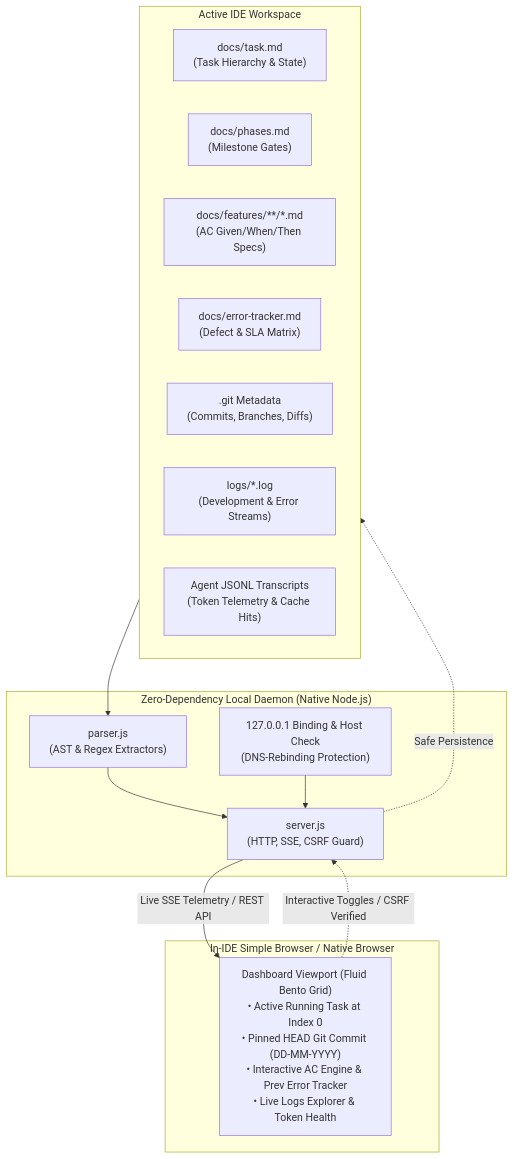
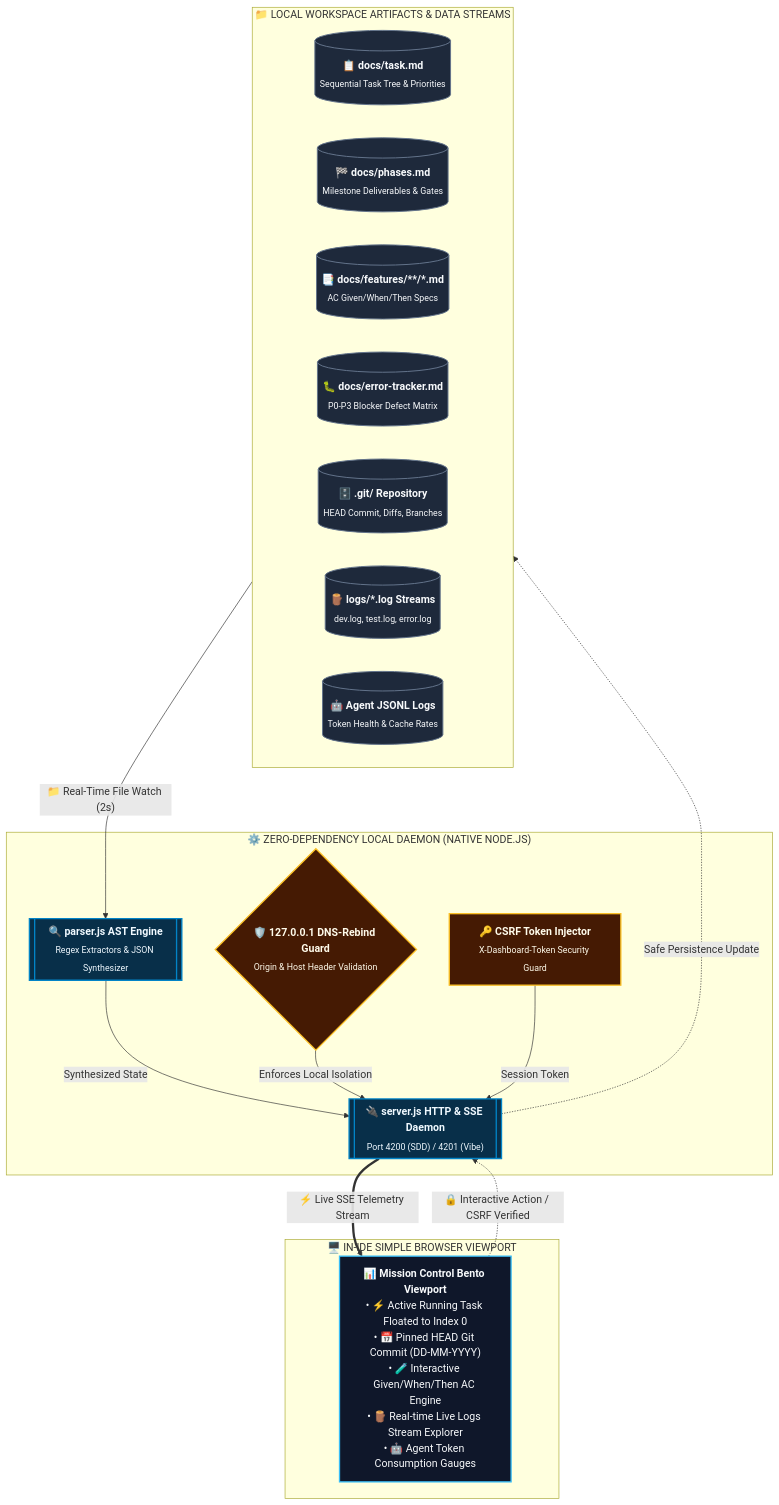
The first of 5 diagrams in PROJECT-MANAGER-DASHBOARD-GUIDE.md (rmsofficialsyt/Agentic-AI-Vibe-Coding-AND-SDD-TDD-Codebase-Chandan-Adhikary), drawn with Mermaid before and after one commit. The commit also changed other lines of this file and 23 other files, not shown here.

Commit message:
docs: redesign diagrams to Eraser.io visual style and regenerate MANIFEST.json

````diff
--- a/PROJECT-MANAGER-DASHBOARD-GUIDE.md
+++ b/PROJECT-MANAGER-DASHBOARD-GUIDE.md
@@ -24,29 +24,36 @@
 ```mermaid
 flowchart TD
-    subgraph Workspace ["Active IDE Workspace"]
-        Tasks["docs/task.md<br/>(Task Hierarchy & State)"]
-        Phases["docs/phases.md<br/>(Milestone Gates)"]
-        Features["docs/features/**/*.md<br/>(AC Given/When/Then Specs)"]
-        Errors["docs/error-tracker.md<br/>(Defect & SLA Matrix)"]
-        GitRepo[".git Metadata<br/>(Commits, Branches, Diffs)"]
-        Logs["logs/*.log<br/>(Development & Error Streams)"]
-        Transcripts["Agent JSONL Transcripts<br/>(Token Telemetry & Cache Hits)"]
+    classDef store fill:#1e293b,stroke:#64748b,stroke-width:1.5px,color:#f8fafc;
+    classDef daemon fill:#082f49,stroke:#0284c7,stroke-width:2px,color:#f0f9ff;
+    classDef client fill:#0f172a,stroke:#38bdf8,stroke-width:2px,color:#f8fafc;
+    classDef sec fill:#451a03,stroke:#fbbf24,stroke-width:2px,color:#fffbeb;
+
+    subgraph WorkspaceState ["📁 LOCAL WORKSPACE ARTIFACTS & DATA STREAMS"]
+        Tasks[("<b>📋 docs/task.md</b><br/><sub>Sequential Task Tree & Priorities</sub>")]:::store
+        Phases[("<b>🏁 docs/phases.md</b><br/><sub>Milestone Deliverables & Gates</sub>")]:::store
+        Specs[("<b>📑 docs/features/**/*.md</b><br/><sub>AC Given/When/Then Specs</sub>")]:::store
+        Errors[("<b>🐛 docs/error-tracker.md</b><br/><sub>P0-P3 Blocker Defect Matrix</sub>")]:::store
+        GitRepo[("<b>🗄️ .git/ Repository</b><br/><sub>HEAD Commit, Diffs, Branches</sub>")]:::store
+        Logs[("<b>🪵 logs/*.log Streams</b><br/><sub>dev.log, test.log, error.log</sub>")]:::store
+        Transcripts[("<b>🤖 Agent JSONL Logs</b><br/><sub>Token Health & Cache Rates</sub>")]:::store
     end
 
-    subgraph LocalDaemon ["Zero-Dependency Local Daemon (Native Node.js)"]
-        Parser["parser.js<br/>(AST & Regex Extractors)"]
-        Server["server.js<br/>(HTTP, SSE, CSRF Guard)"]
-        SecurityGuard["127.0.0.1 Binding & Host Check<br/>(DNS-Rebinding Protection)"]
+    subgraph DaemonTier ["⚙️ ZERO-DEPENDENCY LOCAL DAEMON (NATIVE NODE.JS)"]
+        Parser[["<b>🔍 parser.js AST Engine</b><br/><sub>Regex Extractors & JSON Synthesizer</sub>"]]:::daemon
+        Server[["<b>🔌 server.js HTTP & SSE Daemon</b><br/><sub>Port 4200 (SDD) / 4201 (Vibe)</sub>"]]:::daemon
+        SecurityGuard{"<b>🛡️ 127.0.0.1 DNS-Rebind Guard</b><br/><sub>Origin & Host Header Validation</sub>"}:::sec
+        CSRFManager["<b>🔑 CSRF Token Injector</b><br/><sub>X-Dashboard-Token Security Guard</sub>"]:::sec
     end
 
-    subgraph ViewportTier ["In-IDE Simple Browser / Native Browser"]
-        DashboardUI["Dashboard Viewport (Fluid Bento Grid)<br/>• Active Running Task at Index 0<br/>• Pinned HEAD Git Commit (DD-MM-YYYY)<br/>• Interactive AC Engine & Prev Error Tracker<br/>• Live Logs Explorer & Token Health"]
+    subgraph ViewportTier ["🖥️ IN-IDE SIMPLE BROWSER VIEWPORT"]
+        DashboardUI["<b>📊 Mission Control Bento Viewport</b><br/>• ⚡ Active Running Task Floated to Index 0<br/>• 📅 Pinned HEAD Git Commit (DD-MM-YYYY)<br/>• 🧪 Interactive Given/When/Then AC Engine<br/>• 🪵 Real-time Live Logs Stream Explorer<br/>• 🤖 Agent Token Consumption Gauges"]:::client
     end
 
-    Workspace --> Parser
-    Parser --> Server
-    SecurityGuard --> Server
-    Server -->|"Live SSE Telemetry / REST API"| DashboardUI
-    DashboardUI -.->|"Interactive Toggles / CSRF Verified"| Server
-    Server -.->|"Safe Persistence"| Workspace
+    WorkspaceState -->|"📁 Real-Time File Watch (2s)"| Parser
+    Parser -->|"Synthesized State"| Server
+    SecurityGuard -->|"Enforces Local Isolation"| Server
+    CSRFManager -->|"Session Token"| Server
+    Server ==>|"⚡ Live SSE Telemetry Stream"| DashboardUI
+    DashboardUI -.->|"🔒 Interactive Action / CSRF Verified"| Server
+    Server -.->|"Safe Persistence Update"| WorkspaceState
 ```
````
